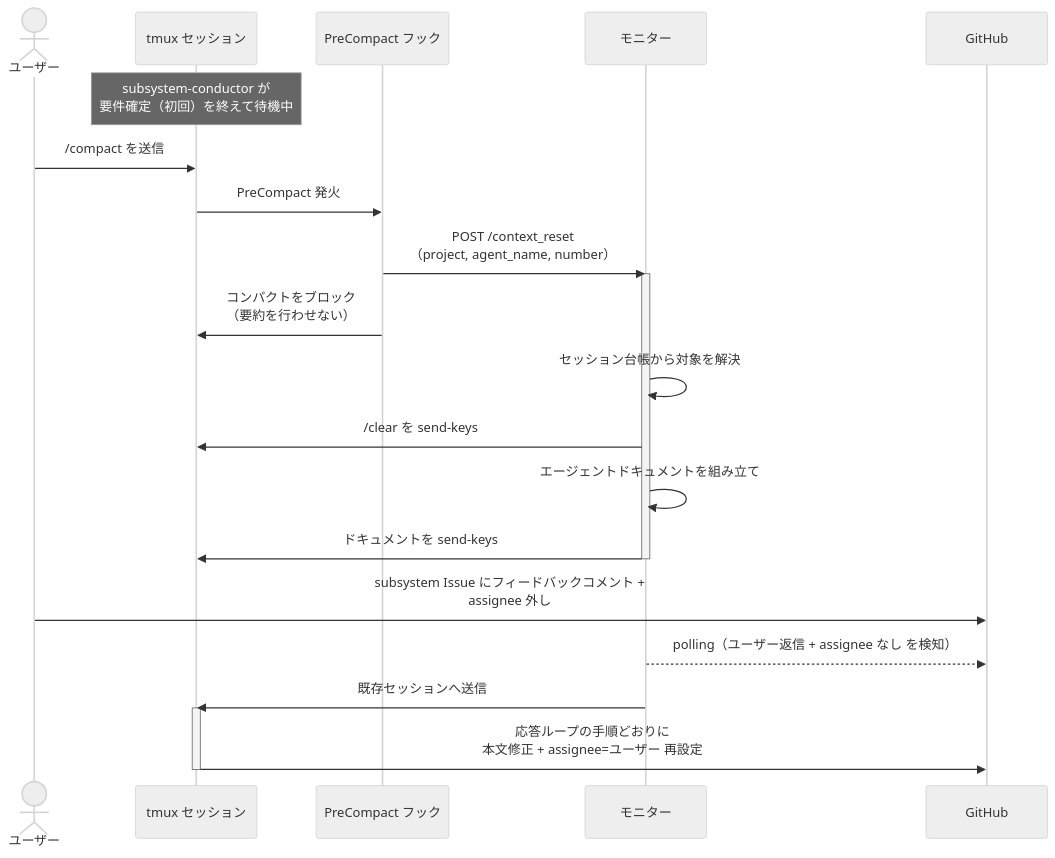
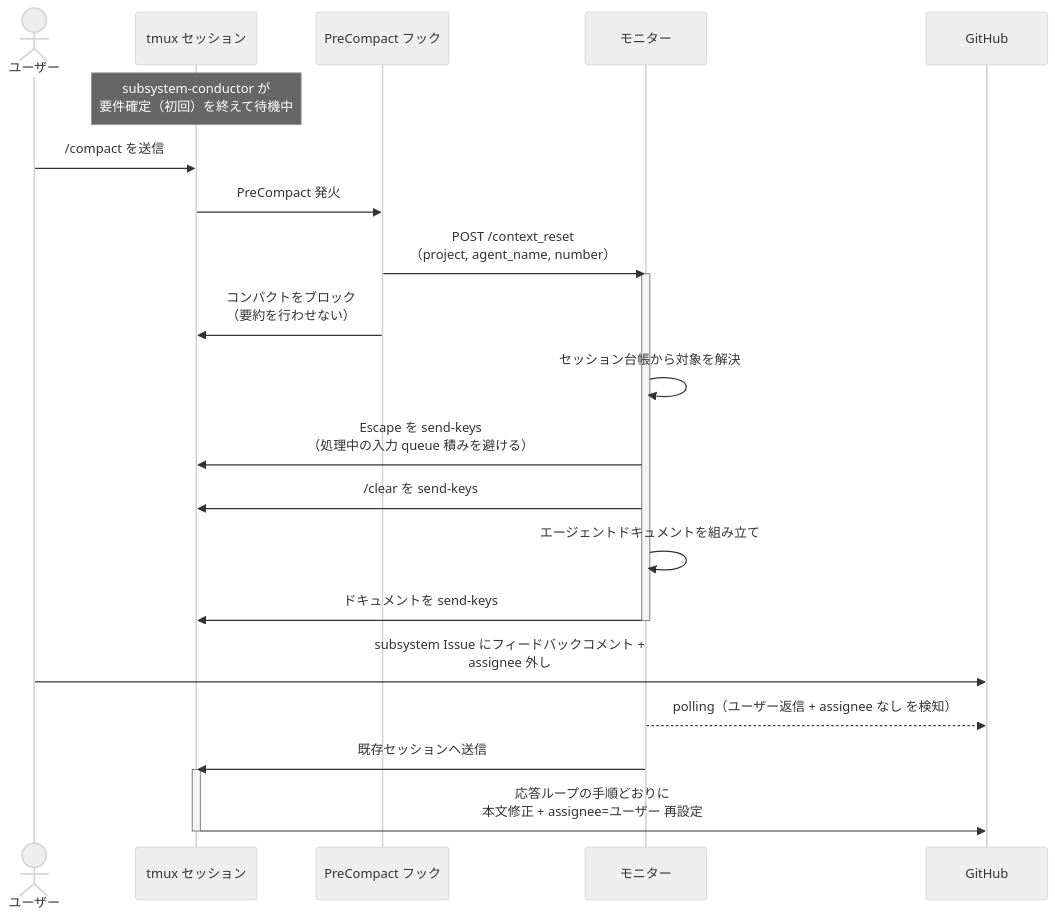
The first of 2 diagrams in docs/wiki/設計図/シナリオ/単一ユースケース/コンテキスト上限時のリセット.md (shuhei1101/ai-monitor), drawn with Mermaid (neutral theme) before and after one commit. The commit also changed other lines of this file and 12 other files, not shown here.

````diff
--- a/docs/wiki/設計図/シナリオ/単一ユースケース/コンテキスト上限時のリセット.md
+++ b/docs/wiki/設計図/シナリオ/単一ユースケース/コンテキスト上限時のリセット.md
@@ -37,27 +37,28 @@
 ```mermaid
 sequenceDiagram
   actor U as ユーザー
   participant TMUX as tmux セッション
   participant HOOK as PreCompact フック
   participant ORC as モニター
   participant GH as GitHub
 
   Note over TMUX: subsystem-conductor が<br>要件確定（初回）を終えて待機中
   U->>TMUX: /compact を送信
   TMUX->>HOOK: PreCompact 発火
   HOOK->>ORC: POST /context_reset<br>（project, agent_name, number）
   activate ORC
   HOOK->>TMUX: コンパクトをブロック<br>（要約を行わせない）
   ORC->>ORC: セッション台帳から対象を解決
+  ORC->>TMUX: Escape を send-keys<br>（処理中の入力 queue 積みを避ける）
   ORC->>TMUX: /clear を send-keys
   ORC->>ORC: エージェントドキュメントを組み立て
   ORC->>TMUX: ドキュメントを send-keys
   deactivate ORC
 
   U->>GH: subsystem Issue にフィードバックコメント +<br>assignee 外し
   ORC-->>GH: polling（ユーザー返信 + assignee なし を検知）
   ORC->>TMUX: 既存セッションへ送信
   activate TMUX
   TMUX->>GH: 応答ループの手順どおりに<br>本文修正 + assignee=ユーザー 再設定
   deactivate TMUX
 ```
````
